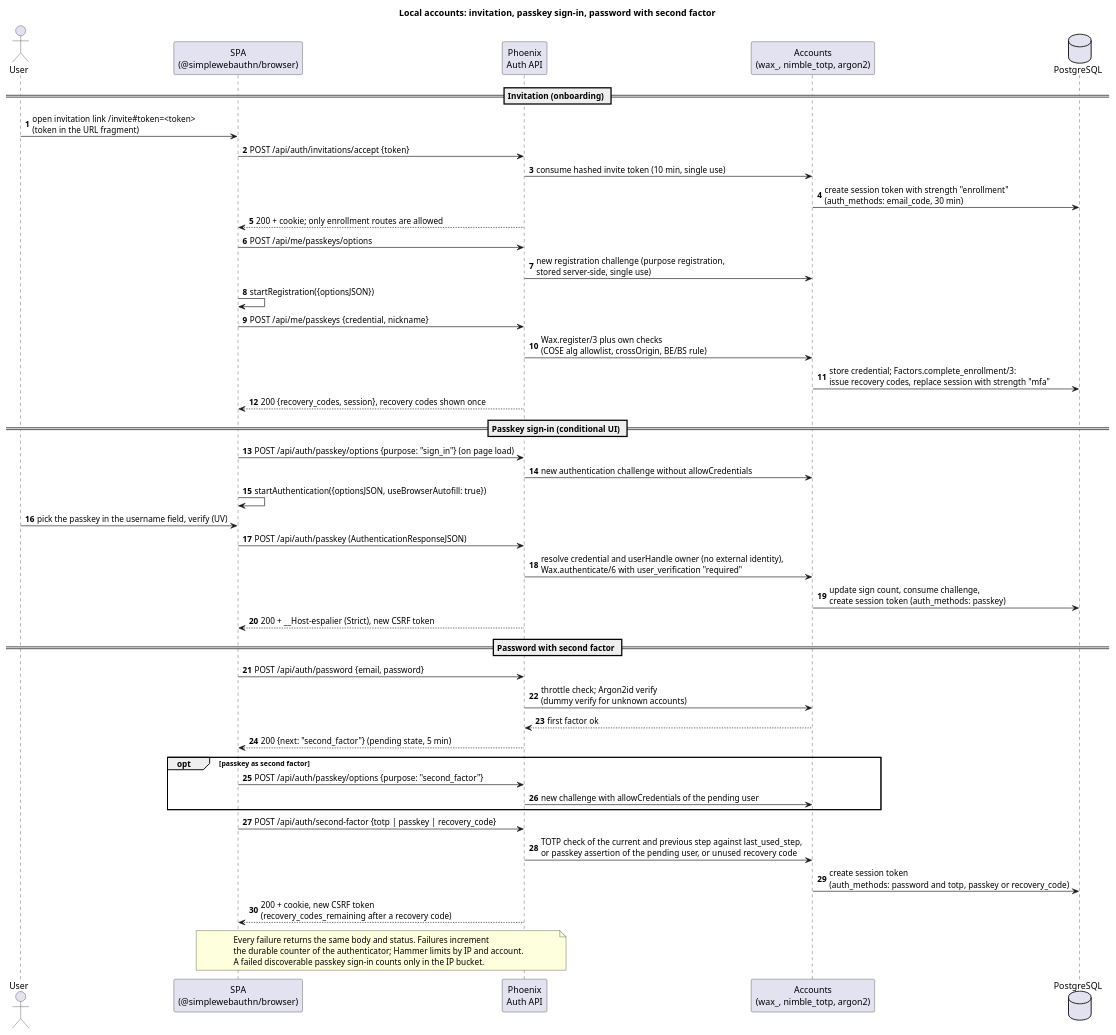
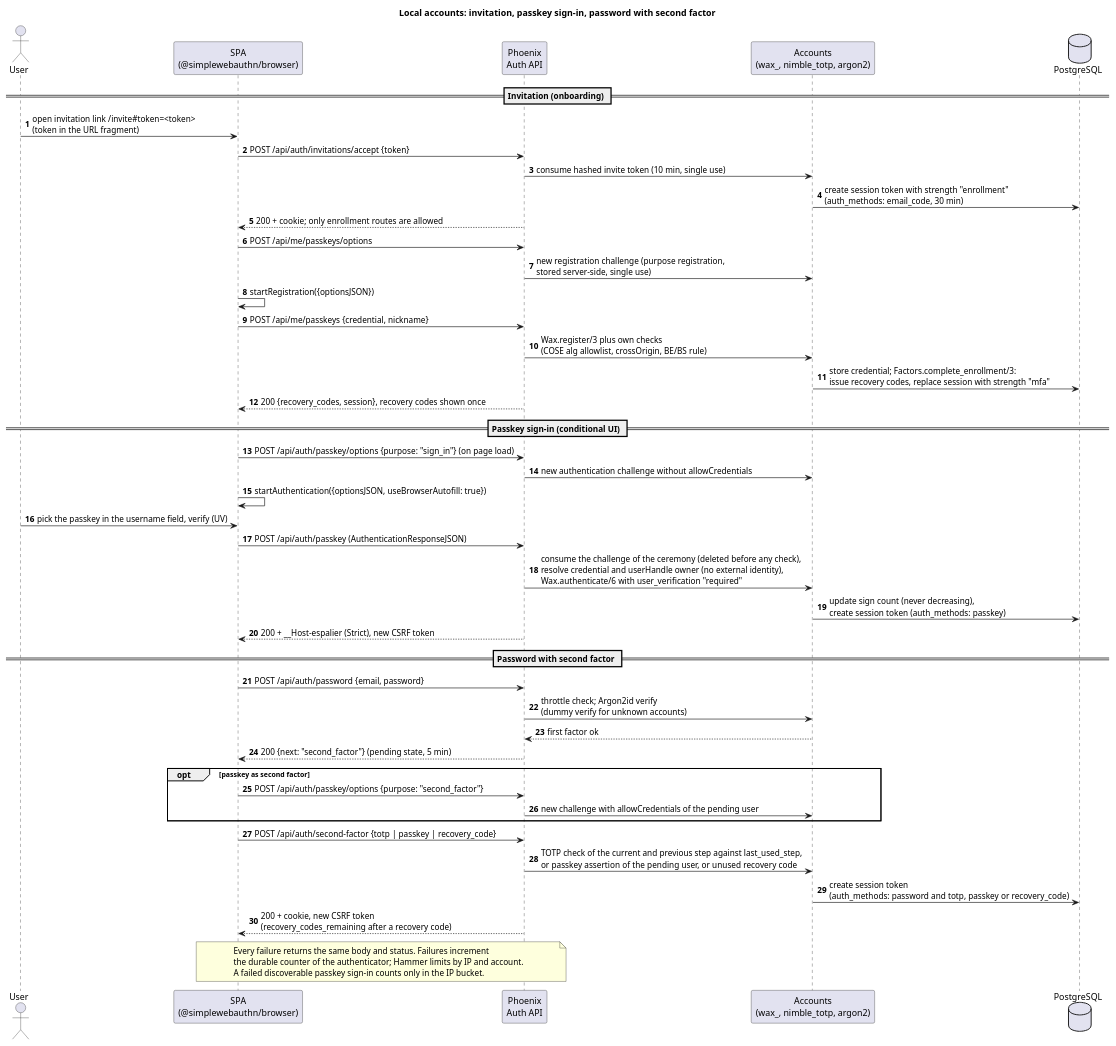
One commit to HelrenPDM/espalier changed the diagram in docs/architecture/auth-local.puml. Above: the diagram before and after it, drawn with PlantUML. The commit also changed 93 other files, not shown here.

```diff
--- a/docs/architecture/auth-local.puml
+++ b/docs/architecture/auth-local.puml
@@ -1,55 +1,55 @@
 @startuml auth-local
 title Local accounts: invitation, passkey sign-in, password with second factor
 autonumber
 skinparam shadowing false
 
 actor User
 participant "SPA\n(@simplewebauthn/browser)" as SPA
 participant "Phoenix\nAuth API" as Auth
 participant "Accounts\n(wax_, nimble_totp, argon2)" as Acc
 database "PostgreSQL" as DB
 
 == Invitation (onboarding) ==
 User -> SPA : open invitation link /invite#token=<token>\n(token in the URL fragment)
 SPA -> Auth : POST /api/auth/invitations/accept {token}
 Auth -> Acc : consume hashed invite token (10 min, single use)
 Acc -> DB : create session token with strength "enrollment"\n(auth_methods: email_code, 30 min)
 Auth --> SPA : 200 + cookie; only enrollment routes are allowed
 SPA -> Auth : POST /api/me/passkeys/options
 Auth -> Acc : new registration challenge (purpose registration,\nstored server-side, single use)
 SPA -> SPA : startRegistration({optionsJSON})
 SPA -> Auth : POST /api/me/passkeys {credential, nickname}
 Auth -> Acc : Wax.register/3 plus own checks\n(COSE alg allowlist, crossOrigin, BE/BS rule)
 Acc -> DB : store credential; Factors.complete_enrollment/3:\nissue recovery codes, replace session with strength "mfa"
 Auth --> SPA : 200 {recovery_codes, session}, recovery codes shown once
 
 == Passkey sign-in (conditional UI) ==
 SPA -> Auth : POST /api/auth/passkey/options {purpose: "sign_in"} (on page load)
 Auth -> Acc : new authentication challenge without allowCredentials
 SPA -> SPA : startAuthentication({optionsJSON, useBrowserAutofill: true})
 User -> SPA : pick the passkey in the username field, verify (UV)
 SPA -> Auth : POST /api/auth/passkey (AuthenticationResponseJSON)
-Auth -> Acc : resolve credential and userHandle owner (no external identity),\nWax.authenticate/6 with user_verification "required"
-Acc -> DB : update sign count, consume challenge,\ncreate session token (auth_methods: passkey)
+Auth -> Acc : consume the challenge of the ceremony (deleted before any check),\nresolve credential and userHandle owner (no external identity),\nWax.authenticate/6 with user_verification "required"
+Acc -> DB : update sign count (never decreasing),\ncreate session token (auth_methods: passkey)
 Auth --> SPA : 200 + __Host-espalier (Strict), new CSRF token
 
 == Password with second factor ==
 SPA -> Auth : POST /api/auth/password {email, password}
 Auth -> Acc : throttle check; Argon2id verify\n(dummy verify for unknown accounts)
 Acc --> Auth : first factor ok
 Auth --> SPA : 200 {next: "second_factor"} (pending state, 5 min)
 opt passkey as second factor
   SPA -> Auth : POST /api/auth/passkey/options {purpose: "second_factor"}
   Auth -> Acc : new challenge with allowCredentials of the pending user
 end
 SPA -> Auth : POST /api/auth/second-factor {totp | passkey | recovery_code}
 Auth -> Acc : TOTP check of the current and previous step against last_used_step,\nor passkey assertion of the pending user, or unused recovery code
 Acc -> DB : create session token\n(auth_methods: password and totp, passkey or recovery_code)
 Auth --> SPA : 200 + cookie, new CSRF token\n(recovery_codes_remaining after a recovery code)
 
 note over SPA, Auth
   Every failure returns the same body and status. Failures increment
   the durable counter of the authenticator; Hammer limits by IP and account.
   A failed discoverable passkey sign-in counts only in the IP bucket.
 end note
 @enduml
```
